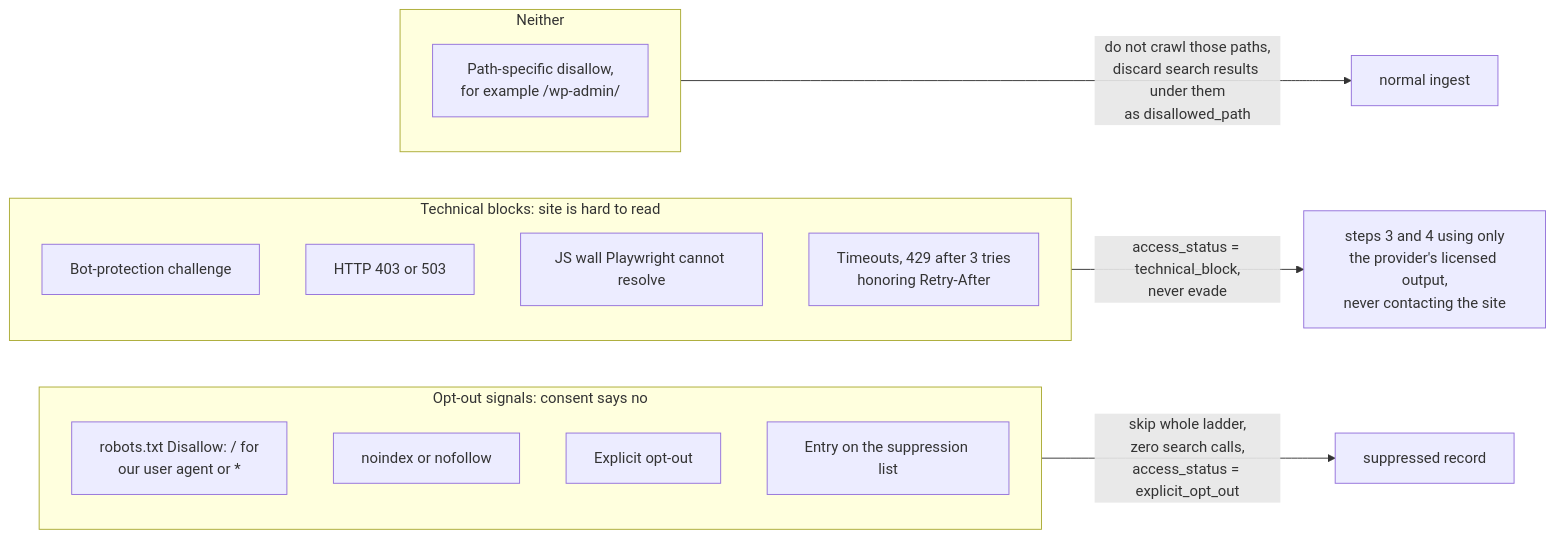
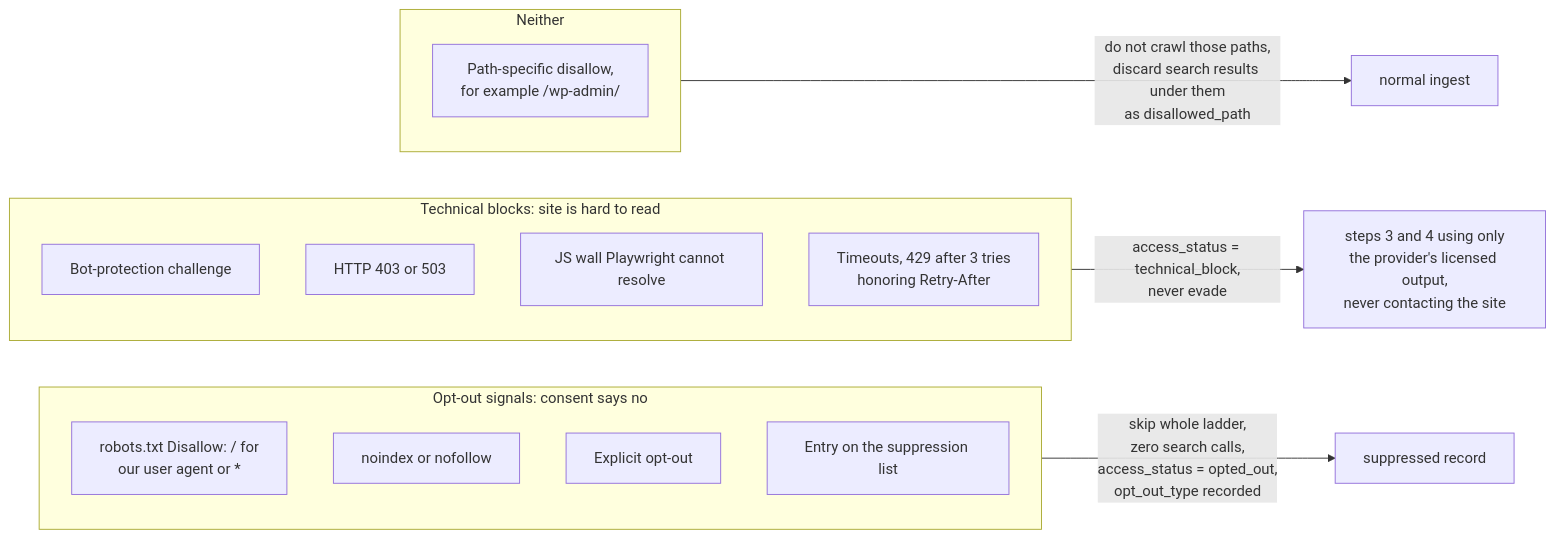
Diagram 13 of 48 in architecture_v2.md (hp94087/akira), drawn with Mermaid before and after one commit. The commit also changed other lines of this file, not shown here.

First line of the commit message:
Update architecture_v2.md to match SPEC.md

````diff
--- a/architecture_v2.md
+++ b/architecture_v2.md
@@ -584,22 +610,22 @@
 ```mermaid
 flowchart LR
   subgraph OPT["Opt-out signals: consent says no"]
     o1["robots.txt Disallow: / for<br/>our user agent or *"]
     o2["noindex or nofollow"]
     o3["Explicit opt-out"]
     o4["Entry on the suppression list"]
   end
   subgraph BLK["Technical blocks: site is hard to read"]
     b1["Bot-protection challenge"]
     b2["HTTP 403 or 503"]
     b3["JS wall Playwright cannot resolve"]
     b4["Timeouts, 429 after 3 tries<br/>honoring Retry-After"]
   end
   subgraph PATH["Neither"]
     p1["Path-specific disallow,<br/>for example /wp-admin/"]
   end
 
-  OPT -->|"skip whole ladder,<br/>zero search calls,<br/>access_status = explicit_opt_out"| sup["suppressed record"]
+  OPT -->|"skip whole ladder,<br/>zero search calls,<br/>access_status = opted_out,<br/>opt_out_type recorded"| sup["suppressed record"]
   BLK -->|"access_status = technical_block,<br/>never evade"| lad["steps 3 and 4 using only<br/>the provider's licensed output,<br/>never contacting the site"]
   PATH -->|"do not crawl those paths,<br/>discard search results under them<br/>as disallowed_path"| cont["normal ingest"]
 ```
````
